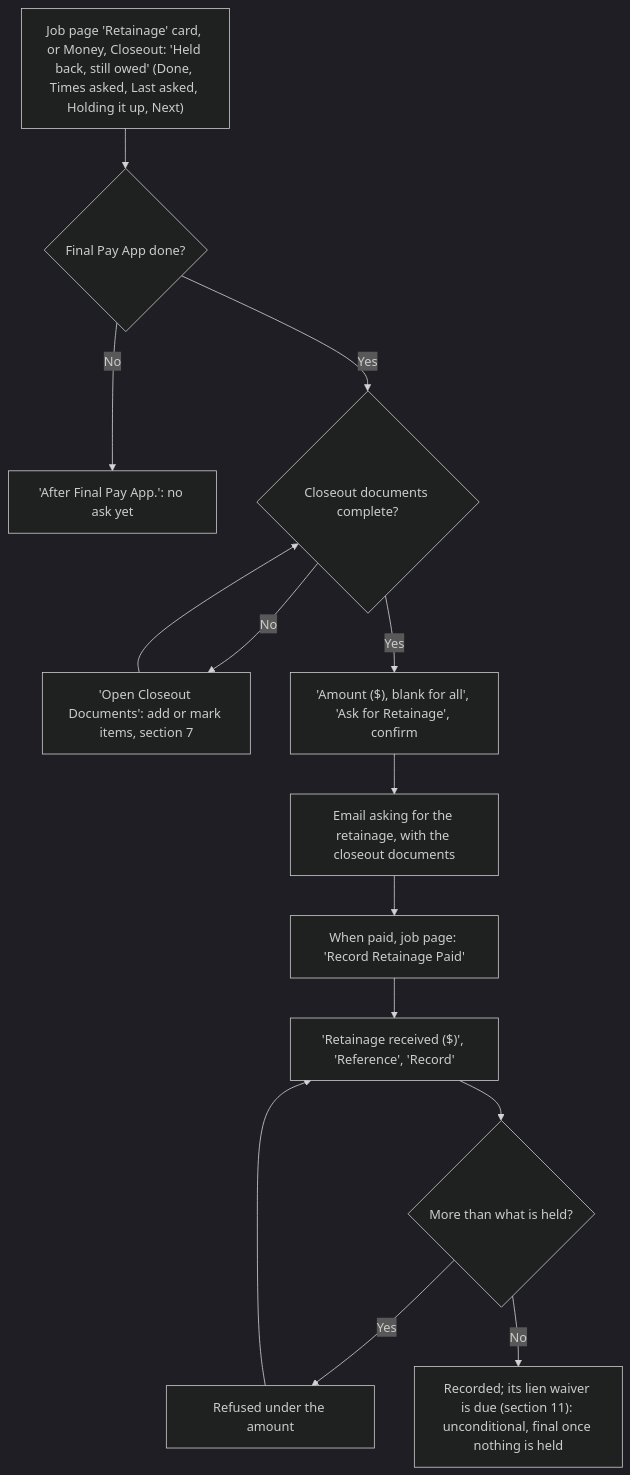
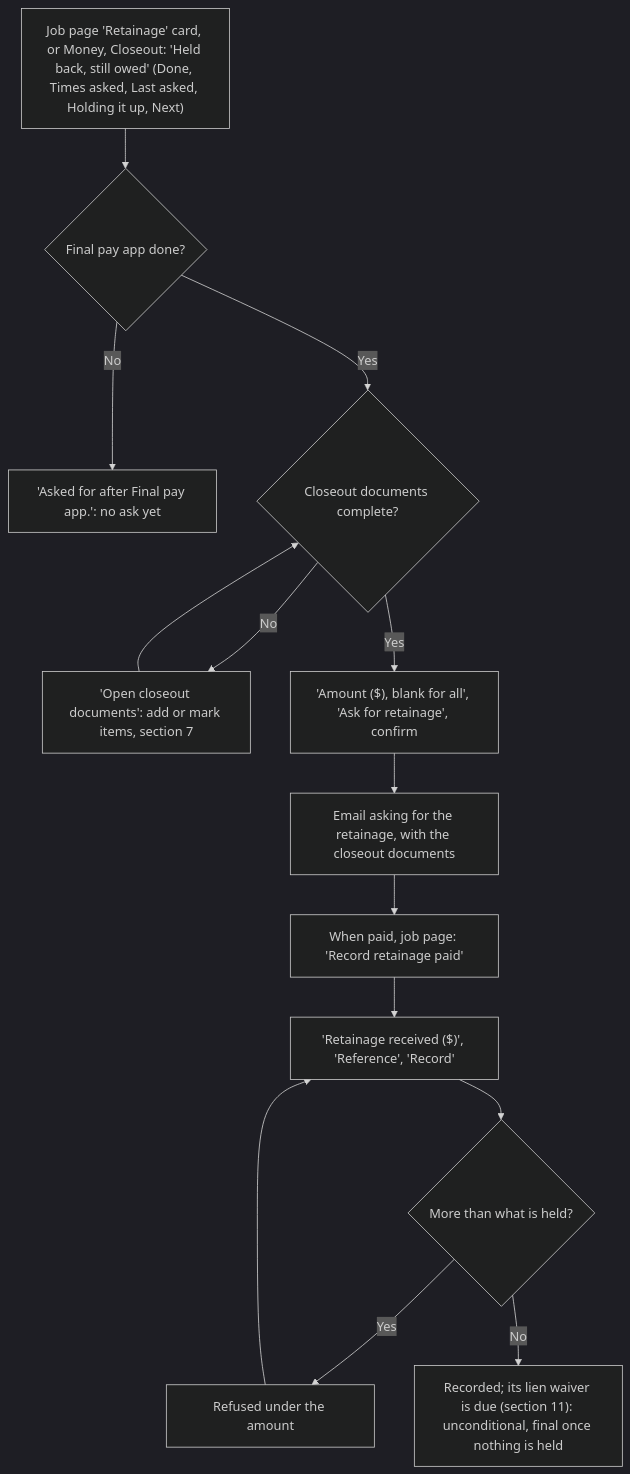
One commit to cartwrightstephen/billdable changed diagram 12 of 18 in docs/client-flows.md. Above: the diagram before and after it, drawn with Mermaid (dark theme). The commit also changed other lines of this file and 3 other files, not shown here.

Commit message:
Docs for Round 1: client-flows.md for every part and the follow-ups, file:line references refreshed, helper answers for New job, New job record, the client card, This billing period, Results and a team of one, README and MANUAL-TEST in sentence case

````diff
--- a/docs/client-flows.md
+++ b/docs/client-flows.md
@@ -558,16 +577,16 @@
 ```mermaid
 flowchart TD
-    A["Job page 'Retainage' card, or Money, Closeout: 'Held back, still owed' (Done, Times asked, Last asked, Holding it up, Next)"] --> B{"Final Pay App done?"}
-    B -->|"No"| C["'After Final Pay App.': no ask yet"]
+    A["Job page 'Retainage' card, or Money, Closeout: 'Held back, still owed' (Done, Times asked, Last asked, Holding it up, Next)"] --> B{"Final pay app done?"}
+    B -->|"No"| C["'Asked for after Final pay app.': no ask yet"]
     B -->|"Yes"| D{"Closeout documents complete?"}
-    D -->|"No"| E["'Open Closeout Documents': add or mark items, section 7"]
+    D -->|"No"| E["'Open closeout documents': add or mark items, section 7"]
     E --> D
-    D -->|"Yes"| F["'Amount ($), blank for all', 'Ask for Retainage', confirm"]
+    D -->|"Yes"| F["'Amount ($), blank for all', 'Ask for retainage', confirm"]
     F --> G["Email asking for the retainage, with the closeout documents"]
-    G --> J["When paid, job page: 'Record Retainage Paid'"]
+    G --> J["When paid, job page: 'Record retainage paid'"]
     J --> K["'Retainage received ($)', 'Reference', 'Record'"]
     K --> L{"More than what is held?"}
     L -->|"Yes"| M["Refused under the amount"]
     M --> K
     L -->|"No"| N["Recorded; its lien waiver is due (section 11): unconditional, final once nothing is held"]
 ```
````
